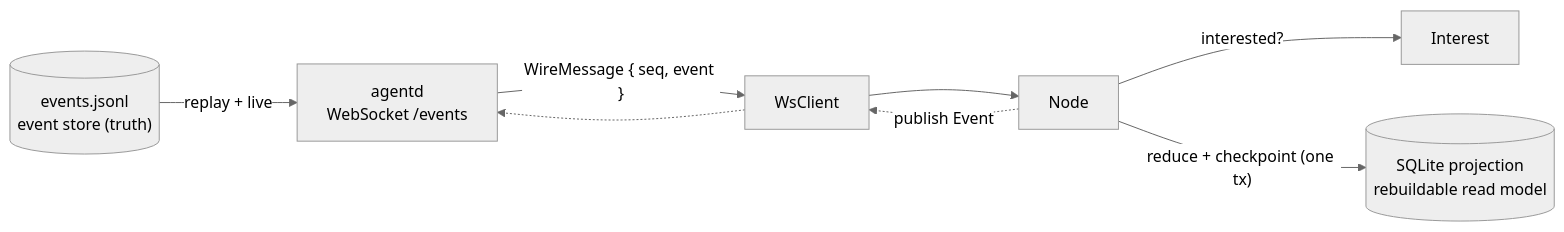
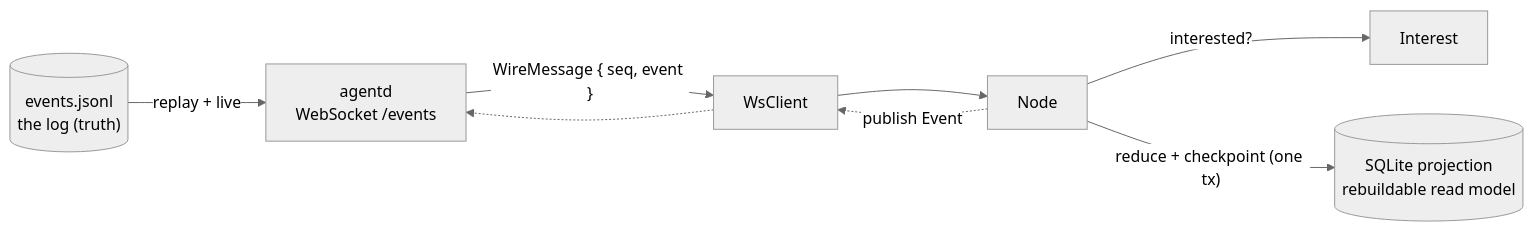
Before and after one commit to mokmok-dev/agent: the first of 2 diagrams in docs/node.md, drawn with Mermaid (neutral theme). The commit also changed other lines of this file and 8 other files, not shown here.

````diff
--- a/docs/node.md
+++ b/docs/node.md
@@ -49,9 +54,9 @@
 ```mermaid
 flowchart LR
-    D[("events.jsonl<br/>event store (truth)")] -- "replay + live" --> S["agentd<br/>WebSocket /events"]
+    D[("events.jsonl<br/>the log (truth)")] -- "replay + live" --> S["agentd<br/>WebSocket /events"]
     S -- "WireMessage { seq, event }" --> C["WsClient"]
     C --> N["Node"]
     N -- "interested?" --> I["Interest"]
     N -- "reduce + checkpoint (one tx)" --> P[("SQLite projection<br/>rebuildable read model")]
     N -. "publish Event" .-> C -.-> S
 ```
````
